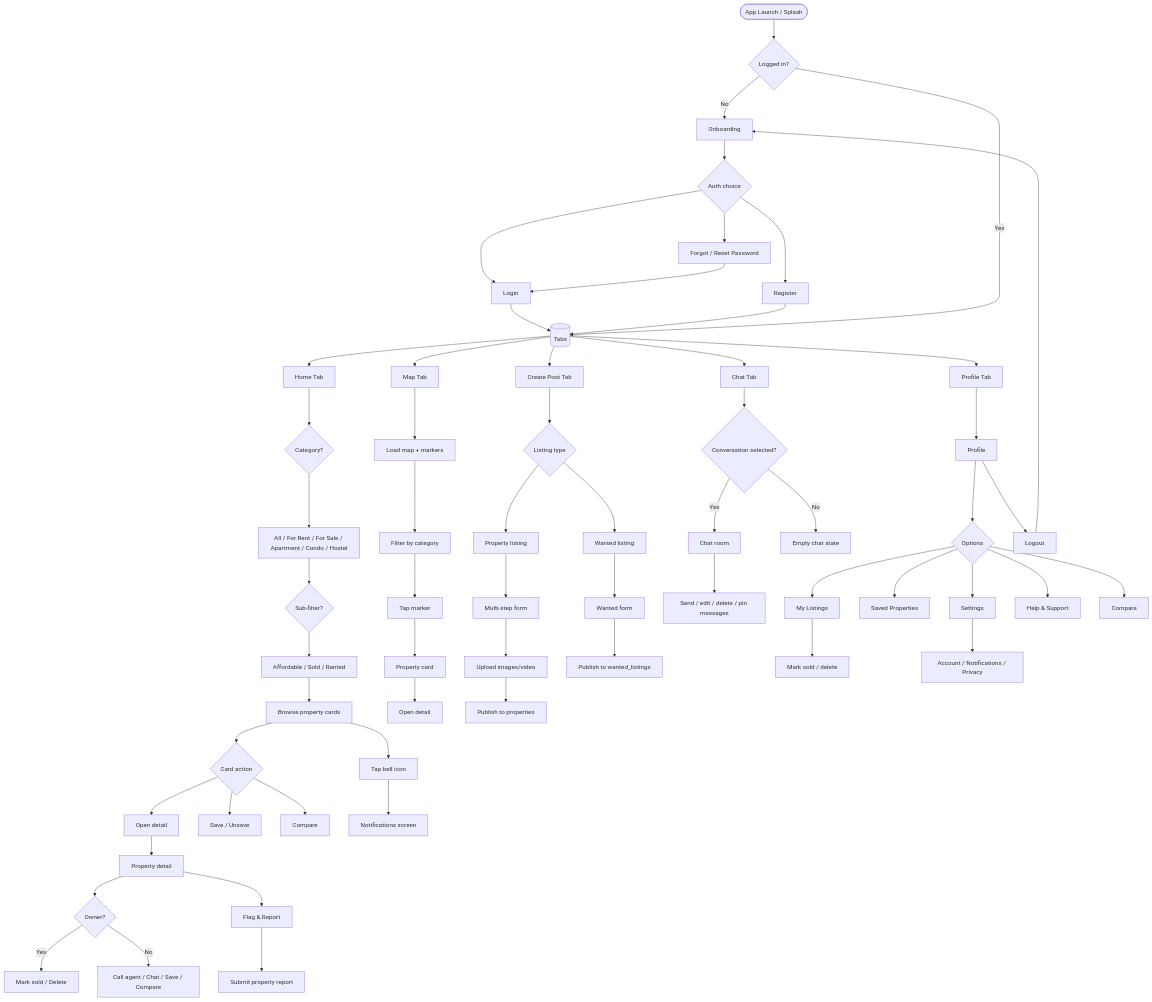
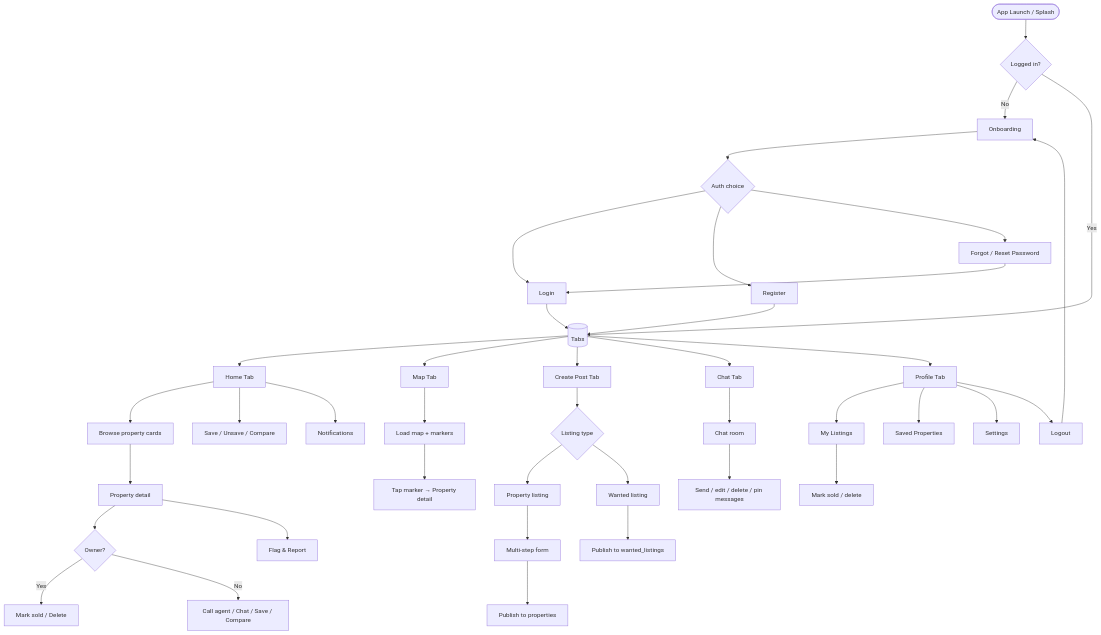
The first of 6 diagrams in docs/diagrams.md (phyothant-dev/nestfinder), drawn with Mermaid before and after one commit.

Commit message:
Trim flowchart diagram in docs to essential flows

````diff
--- a/docs/diagrams.md
+++ b/docs/diagrams.md
@@ -9,70 +9,49 @@
 ```mermaid
 flowchart TD
     A([App Launch / Splash]) --> B{Logged in?}
     B -- No --> C[Onboarding]
     C --> D{Auth choice}
     D --> E[Login]
     D --> F[Register]
     D --> G[Forgot / Reset Password]
     E --> H
     F --> H
     G --> E
     B -- Yes --> H[(Tabs)]
 
     H --> I[Home Tab]
     H --> J[Map Tab]
     H --> K[Create Post Tab]
     H --> L[Chat Tab]
     H --> M[Profile Tab]
 
-    I --> I1{Category?}
-    I1 --> I2[All / For Rent / For Sale / Apartment / Condo / Hostel]
-    I2 --> I3{Sub-filter?}
-    I3 --> I4[Affordable / Sold / Rented]
-    I4 --> I5[Browse property cards]
-    I5 --> I6{Card action}
-    I6 --> I7[Open detail]
-    I6 --> I8[Save / Unsave]
-    I6 --> I9[Compare]
-    I5 --> I10[Tap bell icon]
-    I10 --> I11[Notifications screen]
+    I --> I1[Browse property cards]
+    I --> I2[Save / Unsave / Compare]
+    I --> I3[Notifications]
 
     J --> J1[Load map + markers]
-    J1 --> J2[Filter by category]
-    J2 --> J3[Tap marker]
-    J3 --> J4[Property card]
-    J4 --> J5[Open detail]
+    J1 --> J2[Tap marker → Property detail]
 
     K --> K1{Listing type}
     K1 --> K2[Property listing]
-    K1 --> K3[Wanted listing]
-    K2 --> K4[Multi-step form]
-    K4 --> K5[Upload images/video]
-    K5 --> K6[Publish to properties]
-    K3 --> K7[Wanted form]
-    K7 --> K8[Publish to wanted_listings]
+    K2 --> K3[Multi-step form]
+    K3 --> K4[Publish to properties]
+    K1 --> K5[Wanted listing]
+    K5 --> K6[Publish to wanted_listings]
 
-    L --> L1{Conversation selected?}
-    L1 -- Yes --> L2[Chat room]
-    L2 --> L3[Send / edit / delete / pin messages]
-    L1 -- No --> L4[Empty chat state]
+    L --> L1[Chat room]
+    L1 --> L2[Send / edit / delete / pin messages]
 
-    M --> M1[Profile]
-    M1 --> M2{Options}
-    M2 --> M3[My Listings]
-    M2 --> M4[Saved Properties]
-    M2 --> M5[Settings]
-    M2 --> M6[Help & Support]
-    M2 --> M7[Compare]
-    M3 --> M3a[Mark sold / delete]
-    M5 --> M5a[Account / Notifications / Privacy]
-    M1 --> M8[Logout]
-    M8 --> C
+    M --> M1[My Listings]
+    M --> M2[Saved Properties]
+    M --> M3[Settings]
+    M --> M4[Logout]
+    M1 --> M1a[Mark sold / delete]
+    M4 --> C
 
-    I7 --> I7a[Property detail]
-    I7a --> I7b{Owner?}
-    I7b -- Yes --> I7c[Mark sold / Delete]
-    I7b -- No --> I7d[Call agent / Chat / Save / Compare]
-    I7a --> I7e[Flag & Report]
-    I7e --> I7f[Submit property report]
+    I1 --> I5[Property detail]
+    I5 --> I6{Owner?}
+    I6 -- Yes --> I7[Mark sold / Delete]
+    I6 -- No --> I8[Call agent / Chat / Save / Compare]
+    I5 --> I9[Flag & Report]
 ```
````
